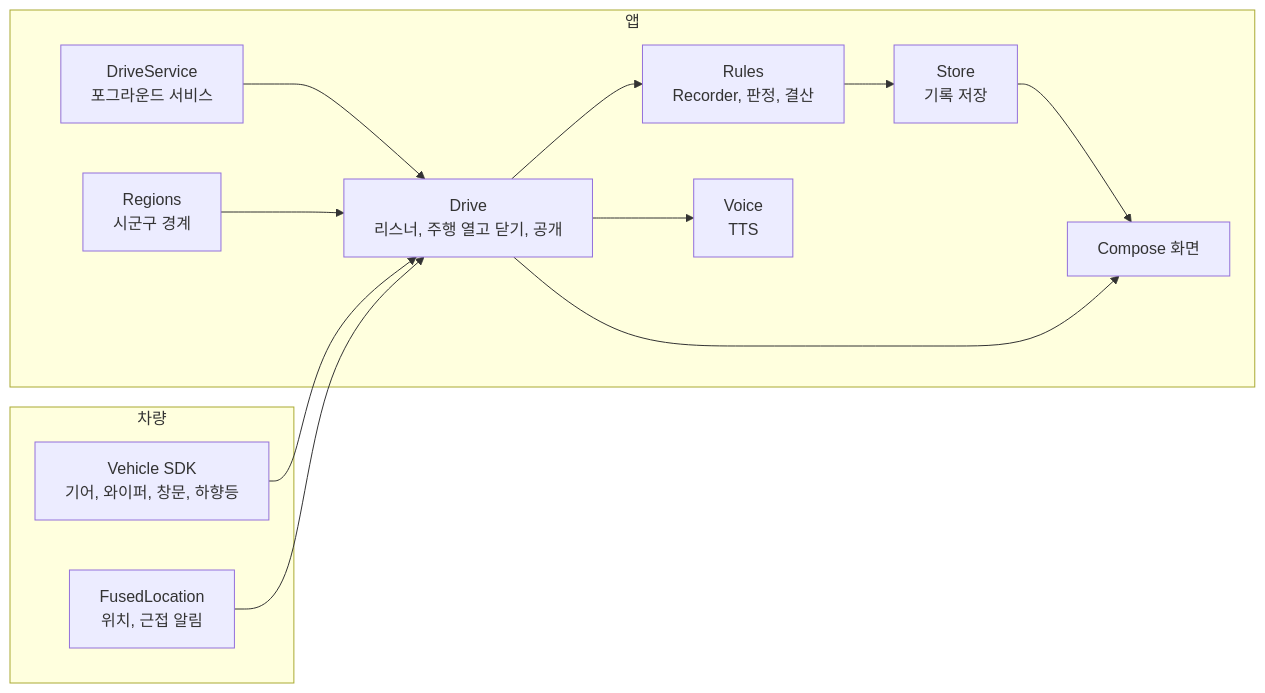
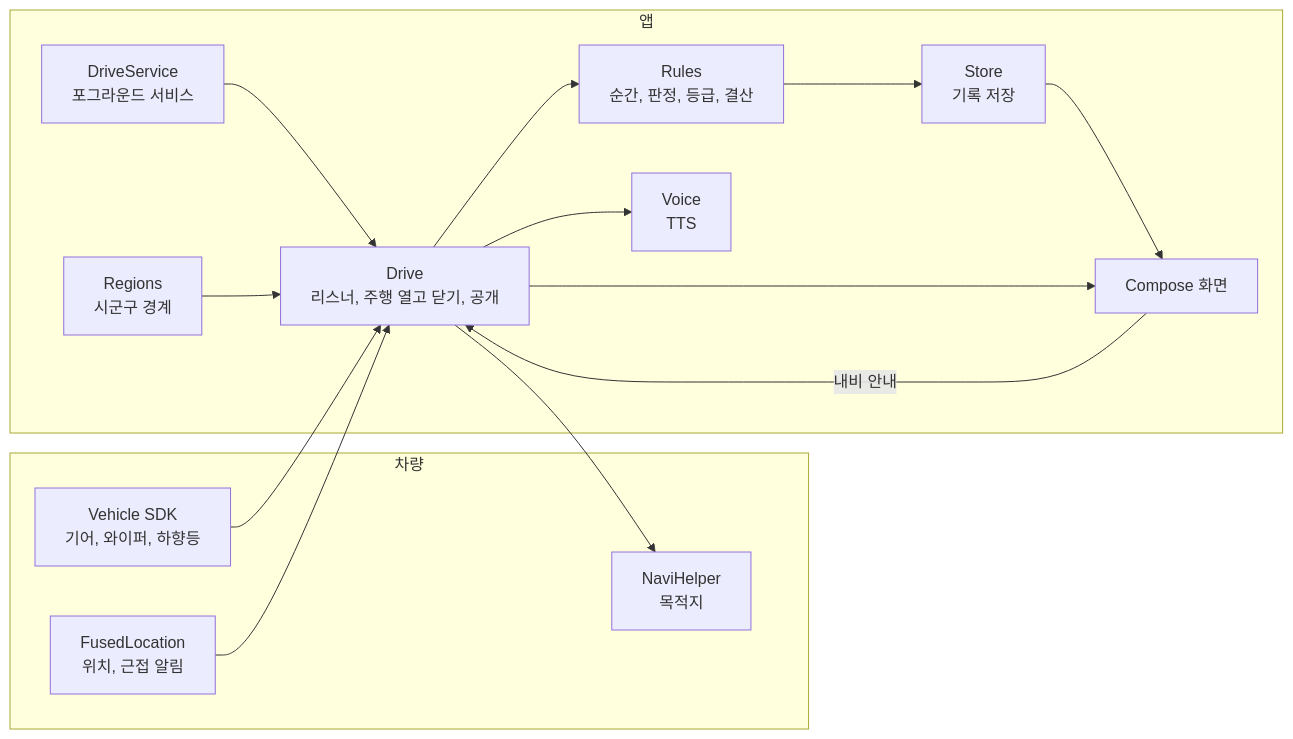
The diagram in README.md (wjdtkdgns777/chagok), drawn with Mermaid before and after one commit. The commit also changed other lines of this file and 11 other files, not shown here.

````diff
--- a/README.md
+++ b/README.md
@@ -272,25 +308,27 @@
 ```mermaid
 flowchart LR
     subgraph 차량
-        V[Vehicle SDK<br>기어, 와이퍼, 창문, 하향등]
+        V[Vehicle SDK<br>기어, 와이퍼, 하향등]
         F[FusedLocation<br>위치, 근접 알림]
+        N[NaviHelper<br>목적지]
     end
     subgraph 앱
         SV[DriveService<br>포그라운드 서비스]
         D[Drive<br>리스너, 주행 열고 닫기, 공개]
-        R[Rules<br>Recorder, 판정, 결산]
+        R[Rules<br>순간, 판정, 등급, 결산]
         RG[Regions<br>시군구 경계]
         S[Store<br>기록 저장]
         VO[Voice<br>TTS]
         UI[Compose 화면]
     end
     SV --> D
     V --> D
     F --> D
     D --> R
     RG --> D
     R --> S
     D --> VO
     S --> UI
     D --> UI
+    UI -- 내비 안내 --> D --> N
 ```
````
